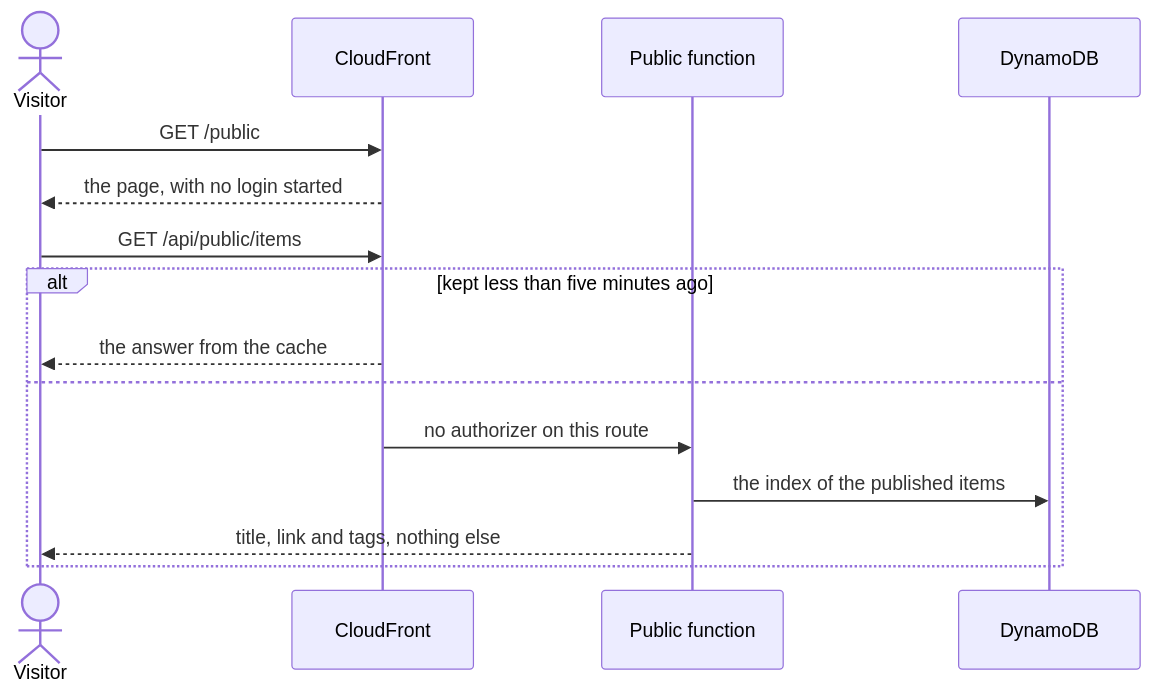
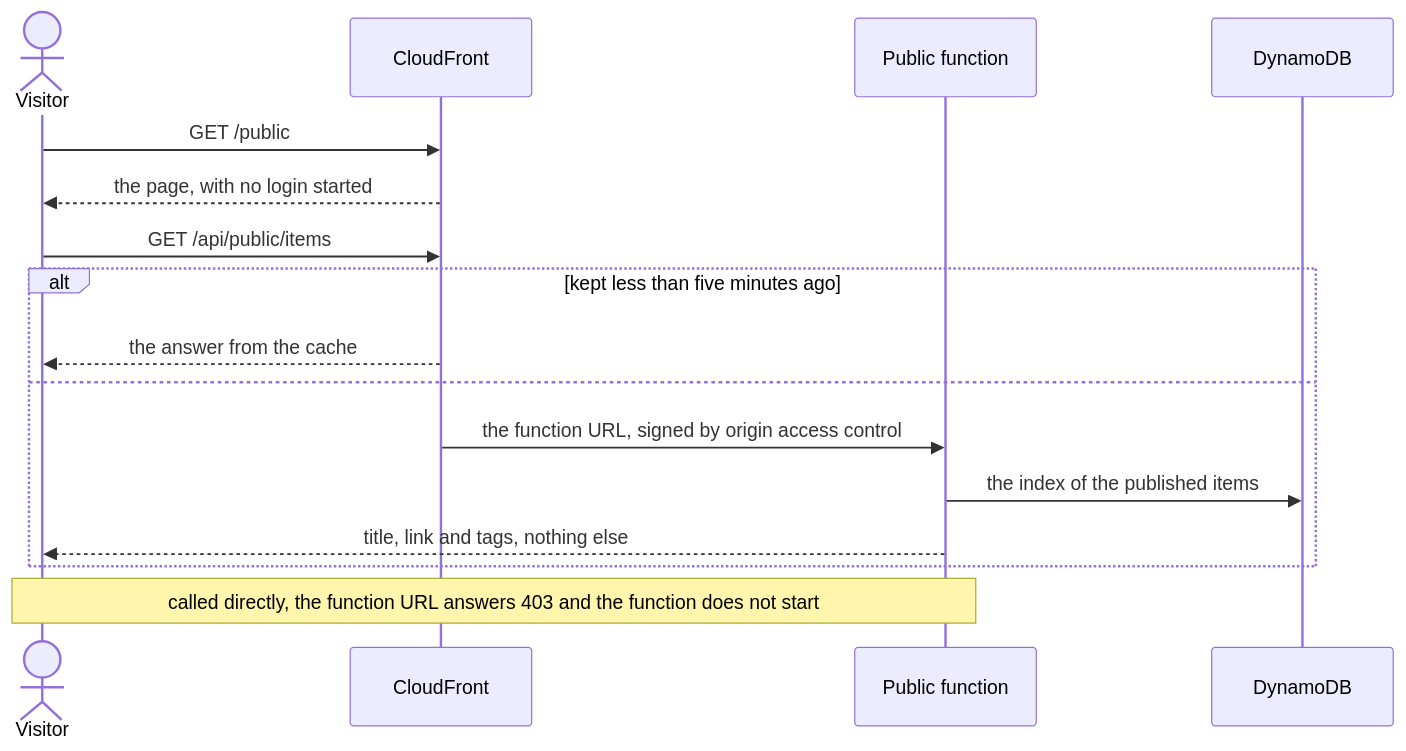
One commit to bilardi/bookmarks changed the third of 3 diagrams in README.md. Above: the diagram before and after it, drawn with Mermaid. The commit also changed other lines of this file and 4 other files, not shown here.

Commit message:
docs: the public reads through a function URL only the distribution may call

````diff
--- a/README.md
+++ b/README.md
@@ -72,18 +73,19 @@
 ```mermaid
 sequenceDiagram
     actor V as Visitor
     participant CF as CloudFront
     participant FN as Public function
     participant DB as DynamoDB
 
     V->>CF: GET /public
     CF-->>V: the page, with no login started
     V->>CF: GET /api/public/items
     alt kept less than five minutes ago
         CF-->>V: the answer from the cache
     else
-        CF->>FN: no authorizer on this route
+        CF->>FN: the function URL, signed by origin access control
         FN->>DB: the index of the published items
         FN-->>V: title, link and tags, nothing else
     end
+    Note over V,FN: called directly, the function URL answers 403 and the function does not start
 ```
````
